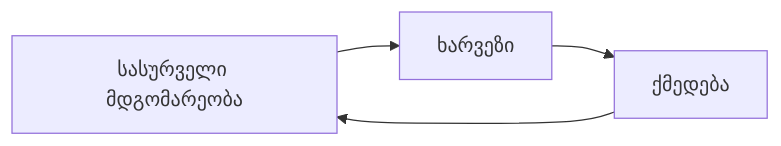
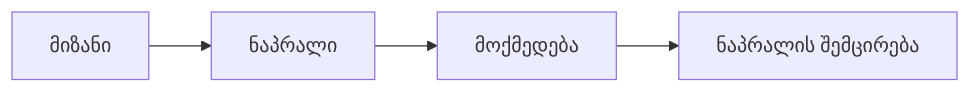
Before and after one commit to DavidTbilisi/BookSummary: the sixth of 25 diagrams in books/src/007.md, drawn with Mermaid. The commit also changed other lines of this file and 10 other files, not shown here.

````diff
--- a/books/src/007.md
+++ b/books/src/007.md
@@ -86,6 +118,6 @@
 ```mermaid
 flowchart LR
-  A[სასურველი მდგომარეობა] --> B[ხარვეზი]
-  B --> C[ქმედება]
-  C --> A
+  Goal[მიზანი] --> Gap[ნაპრალი]
+  Gap --> Action[მოქმედება]
+  Action --> ReduceGap[ნაპრალის შემცირება]
 ```
````
